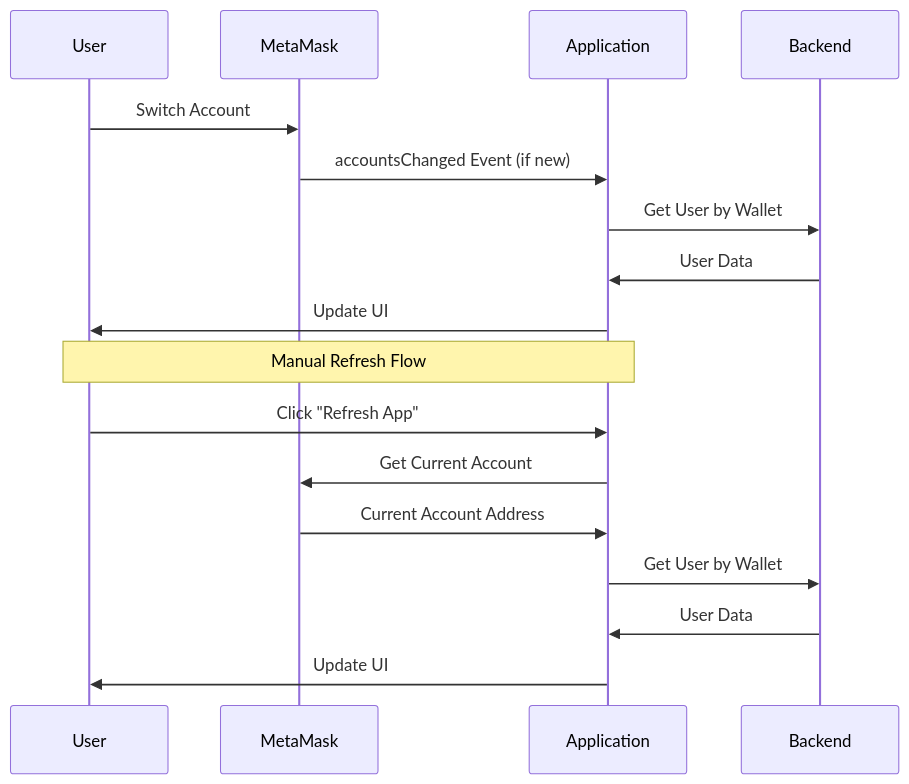
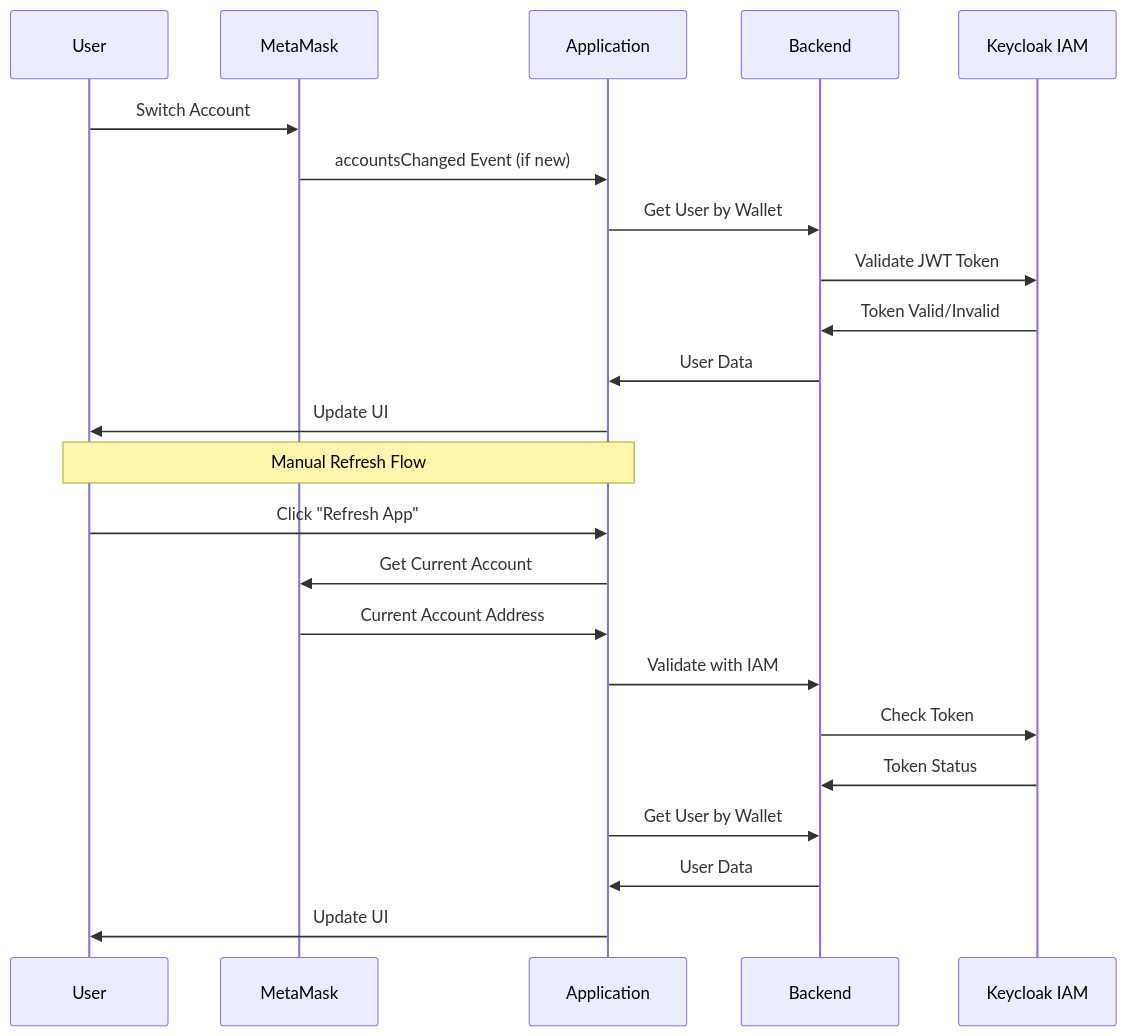
One commit to gitmujoshi/Confidential-AI-Network changed the fourth of 7 diagrams in WALLET_GUIDE.md. Above: the diagram before and after it, drawn with Mermaid. The commit also changed other lines of this file and 6 other files, not shown here.

First line of the commit message:
docs: update all documentation with Keycloak IAM integration features

````diff
--- a/WALLET_GUIDE.md
+++ b/WALLET_GUIDE.md
@@ -184,21 +209,27 @@
 ```mermaid
 sequenceDiagram
     participant U as User
     participant MM as MetaMask
     participant APP as Application
     participant API as Backend
+    participant IAM as Keycloak IAM
     
     U->>MM: Switch Account
     MM->>APP: accountsChanged Event (if new)
     APP->>API: Get User by Wallet
+    API->>IAM: Validate JWT Token
+    IAM->>API: Token Valid/Invalid
     API->>APP: User Data
     APP->>U: Update UI
     
     Note over U,APP: Manual Refresh Flow
     U->>APP: Click "Refresh App"
     APP->>MM: Get Current Account
     MM->>APP: Current Account Address
+    APP->>API: Validate with IAM
+    API->>IAM: Check Token
+    IAM->>API: Token Status
     APP->>API: Get User by Wallet
     API->>APP: User Data
     APP->>U: Update UI
 ```
````
